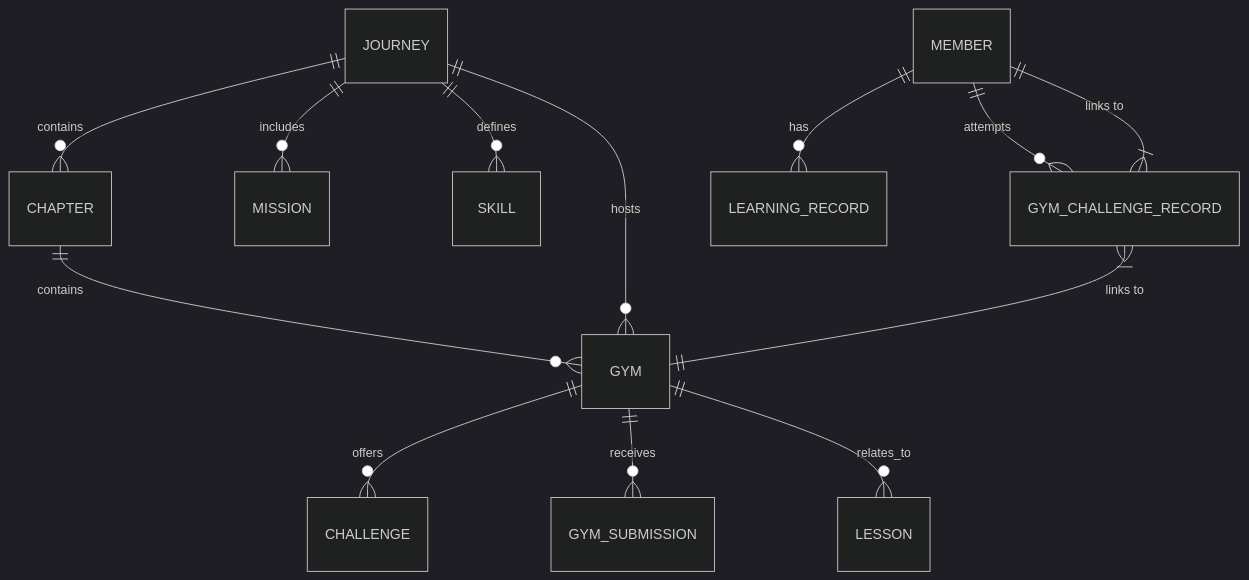
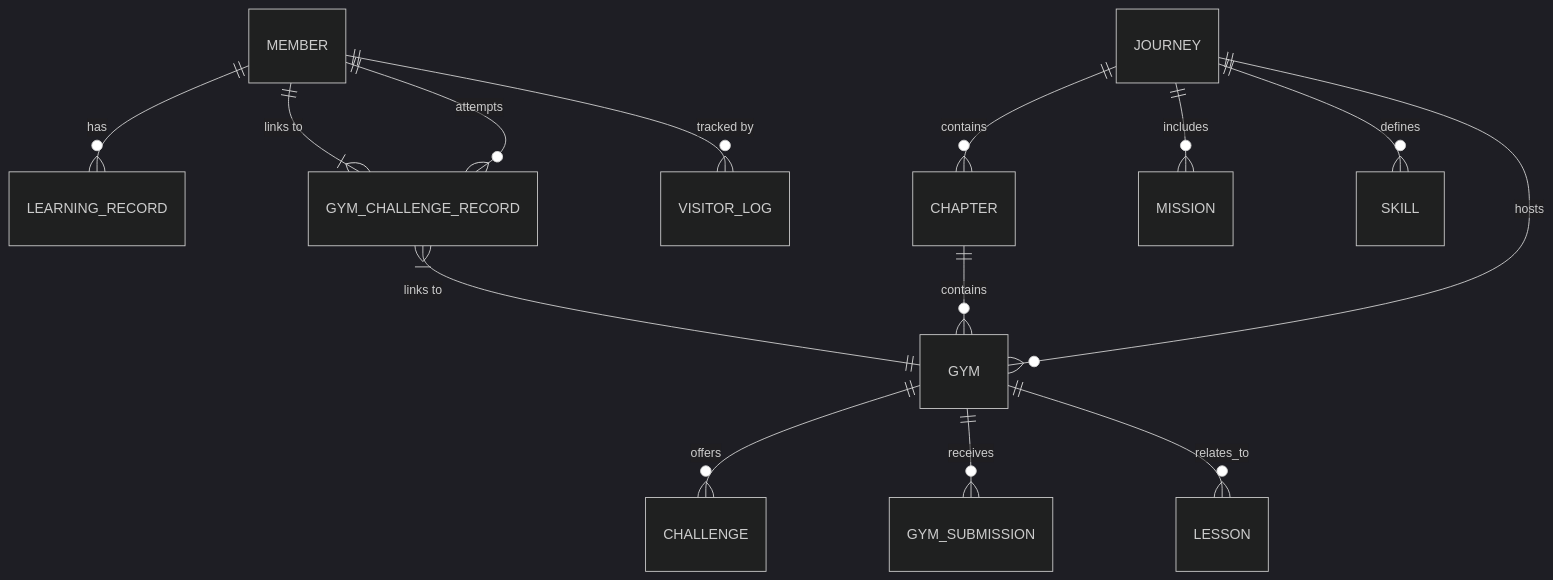
The diagram in docs/system_design.md (xmanflasher/tutorial-platform-backend), drawn with Mermaid (dark theme) before and after one commit. The commit also changed other lines of this file and 2 other files, not shown here.

````diff
--- a/docs/system_design.md
+++ b/docs/system_design.md
@@ -8,15 +8,16 @@
 ```mermaid
 erDiagram
     MEMBER ||--o{ LEARNING_RECORD : has
     MEMBER ||--o{ GYM_CHALLENGE_RECORD : attempts
+    MEMBER ||--o{ VISITOR_LOG : "tracked by"
     JOURNEY ||--o{ CHAPTER : contains
     JOURNEY ||--o{ MISSION : includes
     JOURNEY ||--o{ SKILL : defines
     JOURNEY ||--o{ GYM : hosts
     CHAPTER ||--o{ GYM : contains
     GYM ||--o{ CHALLENGE : offers
     GYM ||--o{ GYM_SUBMISSION : receives
     GYM ||--o{ LESSON : relates_to
     GYM_CHALLENGE_RECORD }|--|| MEMBER : "links to"
     GYM_CHALLENGE_RECORD }|--|| GYM : "links to"
 ```
````
